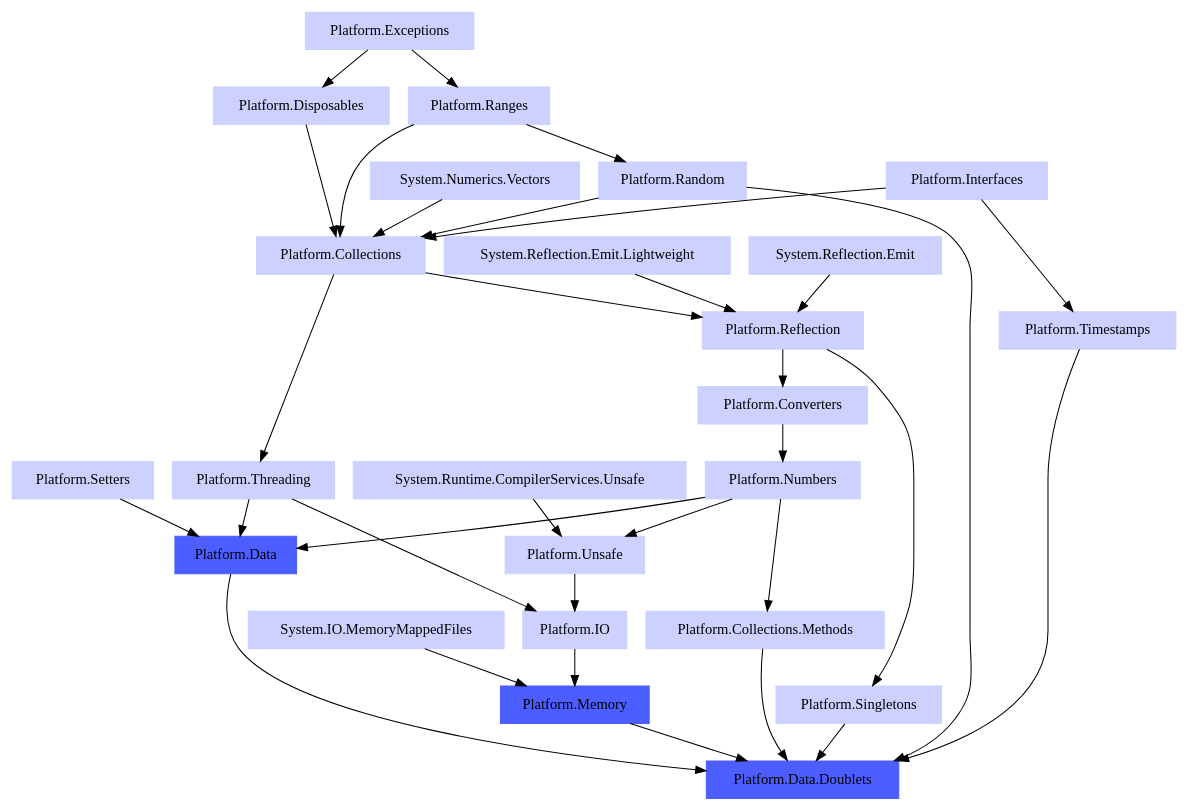
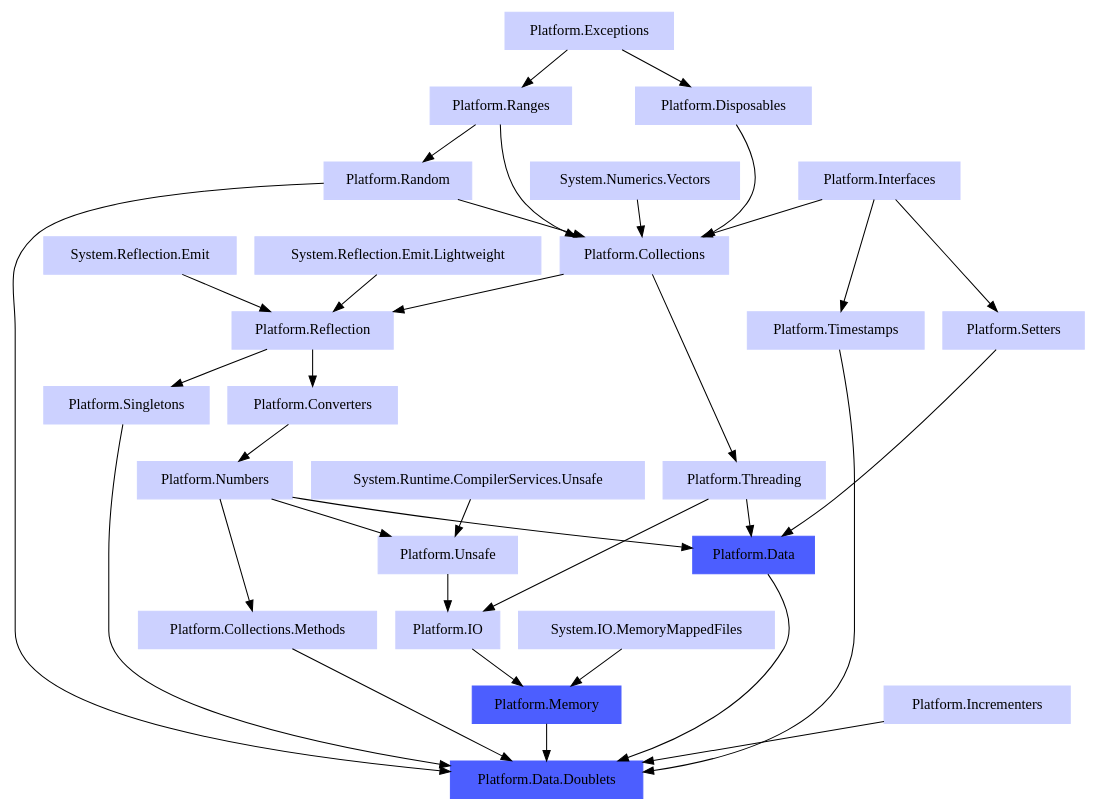
One commit to linksplatform/Documentation changed the diagram in doc/Dependencies/Platform.Data.Doublets.dot. Above: the diagram before and after it, drawn with Graphviz. The commit also changed 1 other file, not shown here.

Commit message:
Closes https://github.com/linksplatform/Data.Doublets/issues/114

```diff
--- a/doc/Dependencies/Platform.Data.Doublets.dot
+++ b/doc/Dependencies/Platform.Data.Doublets.dot
@@ -1,76 +1,80 @@
 digraph PlatformDataDoubletsDependencies {
   node [style=filled, color="0.650 0.200 1.000", shape="rectangle"]
   
   "Platform.Exceptions" -> "Platform.Disposables"
   
   "System.Numerics.Vectors" -> "Platform.Collections"
   "Platform.Interfaces" -> "Platform.Collections"
   "Platform.Disposables" -> "Platform.Collections"
   "Platform.Ranges" -> "Platform.Collections"
   "Platform.Random" -> "Platform.Collections"
   
   "System.Runtime.CompilerServices.Unsafe" -> "Platform.Unsafe"
   "Platform.Numbers" -> "Platform.Unsafe"
   
   "Platform.Reflection" -> "Platform.Converters"
   
   "Platform.Exceptions" -> "Platform.Ranges"
   
   "System.Reflection.Emit" -> "Platform.Reflection"
   "System.Reflection.Emit.Lightweight" -> "Platform.Reflection"
   "Platform.Collections" -> "Platform.Reflection"
   
   "Platform.Threading" -> "Platform.IO"
   "Platform.Unsafe" -> "Platform.IO"
   
   "Platform.Collections" -> "Platform.Threading"
   
   "Platform.Converters" -> "Platform.Numbers"
   
   "Platform.Numbers" -> "Platform.Collections.Methods"
   
   "Platform.Ranges" -> "Platform.Random"
   
   "Platform.Interfaces" -> "Platform.Timestamps"
   
+  "Platform.Interfaces" -> "Platform.Setters"
+  
   "Platform.Reflection" -> "Platform.Singletons"
   
   "System.IO.MemoryMappedFiles" -> "Platform.Memory"
   "Platform.IO" -> "Platform.Memory"
   
   "Platform.Threading" -> "Platform.Data"
   "Platform.Numbers" -> "Platform.Data"
   "Platform.Setters" -> "Platform.Data"
   
   "Platform.Random" -> "Platform.Data.Doublets"
   "Platform.Timestamps" -> "Platform.Data.Doublets"
   "Platform.Collections.Methods" -> "Platform.Data.Doublets"
   "Platform.Singletons" -> "Platform.Data.Doublets"
   "Platform.Memory" -> "Platform.Data.Doublets"
   "Platform.Data" -> "Platform.Data.Doublets"
+  "Platform.Incrementers" -> "Platform.Data.Doublets"
   
   "System.Numerics.Vectors" [href="https://www.nuget.org/packages/System.Numerics.Vectors"]
   "Platform.Exceptions" [href="https://github.com/linksplatform/Exceptions"]
   "Platform.Disposables" [href="https://github.com/linksplatform/Disposables"]
   "System.Runtime.CompilerServices.Unsafe" [href="https://www.nuget.org/packages/System.Runtime.CompilerServices.Unsafe"]
   "System.Reflection.Emit" [href="https://www.nuget.org/packages/System.Reflection.Emit"]
   "System.Reflection.Emit.Lightweight" [href="https://www.nuget.org/packages/System.Reflection.Emit.Lightweight"]
   "Platform.Unsafe" [href="https://github.com/linksplatform/Unsafe"]
   "Platform.Collections" [href="https://github.com/linksplatform/Collections"]
   "Platform.Converters" [href="https://github.com/linksplatform/Converters"]
   "Platform.Ranges" [href="https://github.com/linksplatform/Ranges"]
   "Platform.Interfaces" [href="https://github.com/linksplatform/Interfaces"]
+  "Platform.Incrementers" [href="https://github.com/linksplatform/Incrementers"]
   "Platform.Reflection" [href="https://github.com/linksplatform/Reflection"]
   "System.IO.MemoryMappedFiles" [href="https://www.nuget.org/packages/System.IO.MemoryMappedFiles"]
   "Platform.IO" [href="https://github.com/linksplatform/IO"]
   "Platform.Threading" [href="https://github.com/linksplatform/Threading"]
   "Platform.Numbers" [href="https://github.com/linksplatform/Numbers"]
   "Platform.Setters" [href="https://github.com/linksplatform/Setters"]
   "Platform.Random" [href="https://github.com/linksplatform/Random"]
   "Platform.Timestamps" [href="https://github.com/linksplatform/Timestamps"]
   "Platform.Collections.Methods" [href="https://github.com/linksplatform/Collections.Methods"]
   "Platform.Singletons" [href="https://github.com/linksplatform/Singletons"]
   "Platform.Memory" [color="0.650 0.700 1.000", href="https://github.com/linksplatform/Memory"]
   "Platform.Data" [color="0.650 0.700 1.000", href="https://github.com/linksplatform/Data"]
   "Platform.Data.Doublets" [color="0.650 0.700 1.000", style=filled, href="https://github.com/linksplatform/Data.Doublets"]
 }
```
